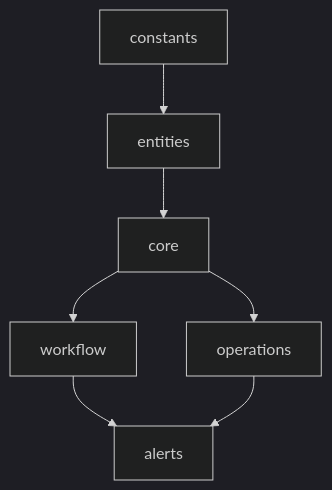
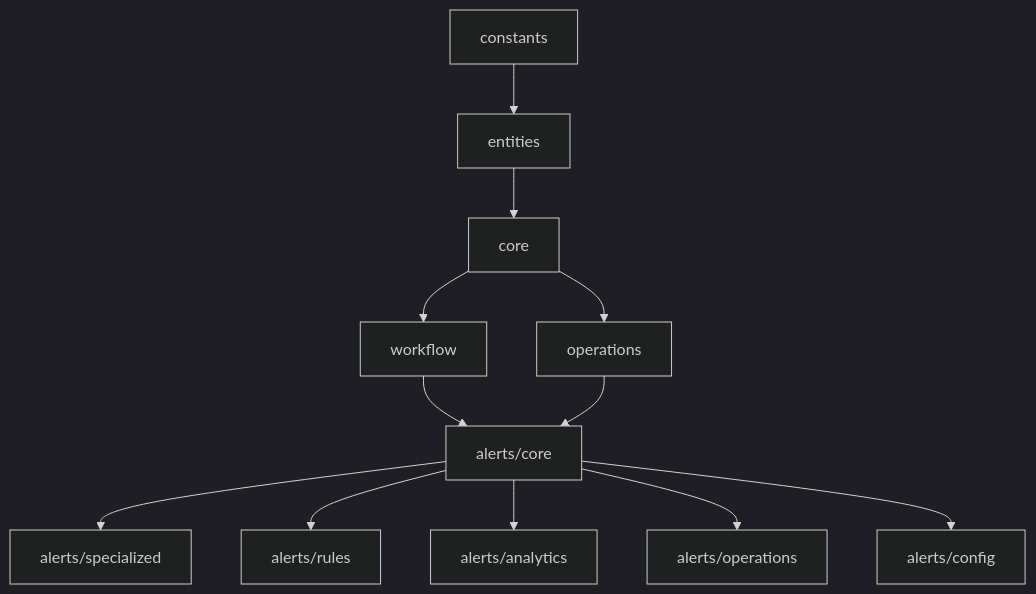
Before and after one commit to kkzakaria/njillu-app: the diagram in types/folders/ARCHITECTURE.md, drawn with Mermaid (dark theme). The commit also changed other lines of this file and 5 other files, not shown here.

First line of the commit message:
docs: update complete documentation for alerts v2.0 modular architecture

````diff
--- a/types/folders/ARCHITECTURE.md
+++ b/types/folders/ARCHITECTURE.md
@@ -192,9 +356,14 @@
 ```mermaid
 graph TD
     A[constants] --> B[entities]
     B --> C[core]
     C --> D[workflow]
     C --> E[operations]
-    D --> F[alerts]
+    D --> F[alerts/core]
     E --> F
+    F --> G[alerts/specialized]
+    F --> H[alerts/rules]
+    F --> I[alerts/analytics]
+    F --> J[alerts/operations]
+    F --> K[alerts/config]
 ```
````
